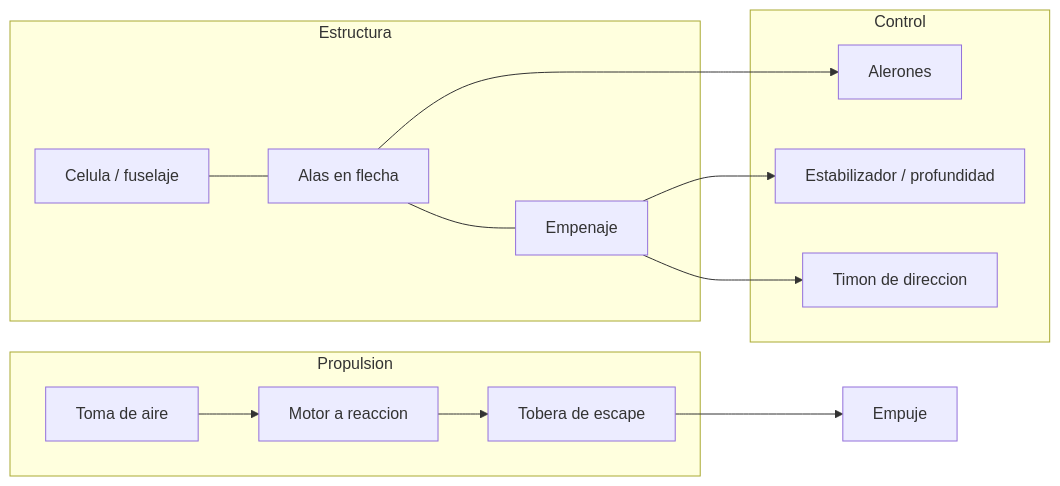
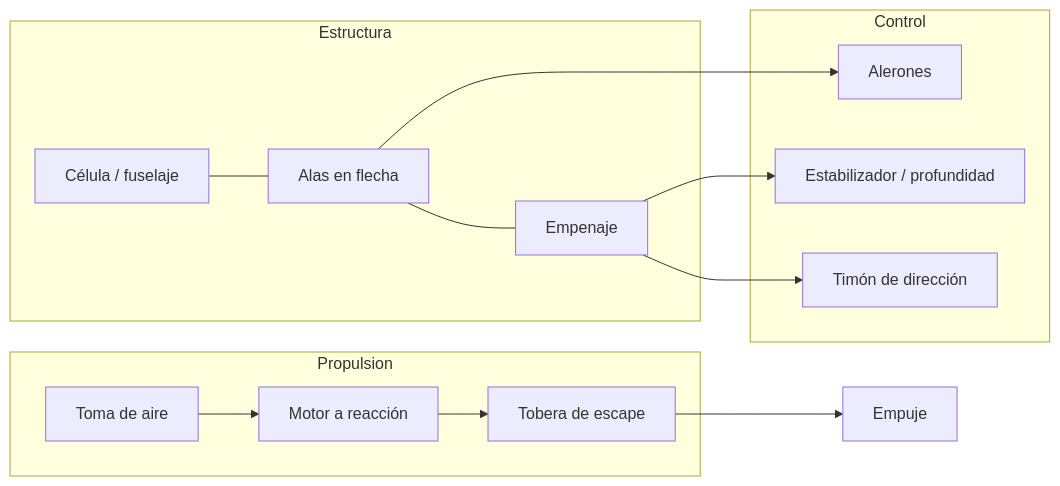
One commit to vladimiracunadev-create/machine-operator-program changed the first of 3 diagrams in vehiculos/aviones-combate/operacion/sistemas-mecanicos-avion-combate.md. Above: the diagram before and after it, drawn with Mermaid. The commit also changed other lines of this file and 442 other files, not shown here.

````diff
--- a/vehiculos/aviones-combate/operacion/sistemas-mecanicos-avion-combate.md
+++ b/vehiculos/aviones-combate/operacion/sistemas-mecanicos-avion-combate.md
@@ -10,20 +10,20 @@
 ```mermaid
 flowchart LR
     subgraph Estructura
-        Ce[Celula / fuselaje] --- Al[Alas en flecha]
+        Ce[Célula / fuselaje] --- Al[Alas en flecha]
         Al --- Emp[Empenaje]
     end
     subgraph Control
         Ale[Alerones]
         Prof[Estabilizador / profundidad]
-        Dir[Timon de direccion]
+        Dir[Timón de dirección]
     end
     subgraph Propulsion
-        Toma[Toma de aire] --> Reactor[Motor a reaccion]
+        Toma[Toma de aire] --> Reactor[Motor a reacción]
         Reactor --> Tobera[Tobera de escape]
     end
     Al --> Ale
     Emp --> Prof
     Emp --> Dir
     Tobera --> Empuje[Empuje]
 ```
````
